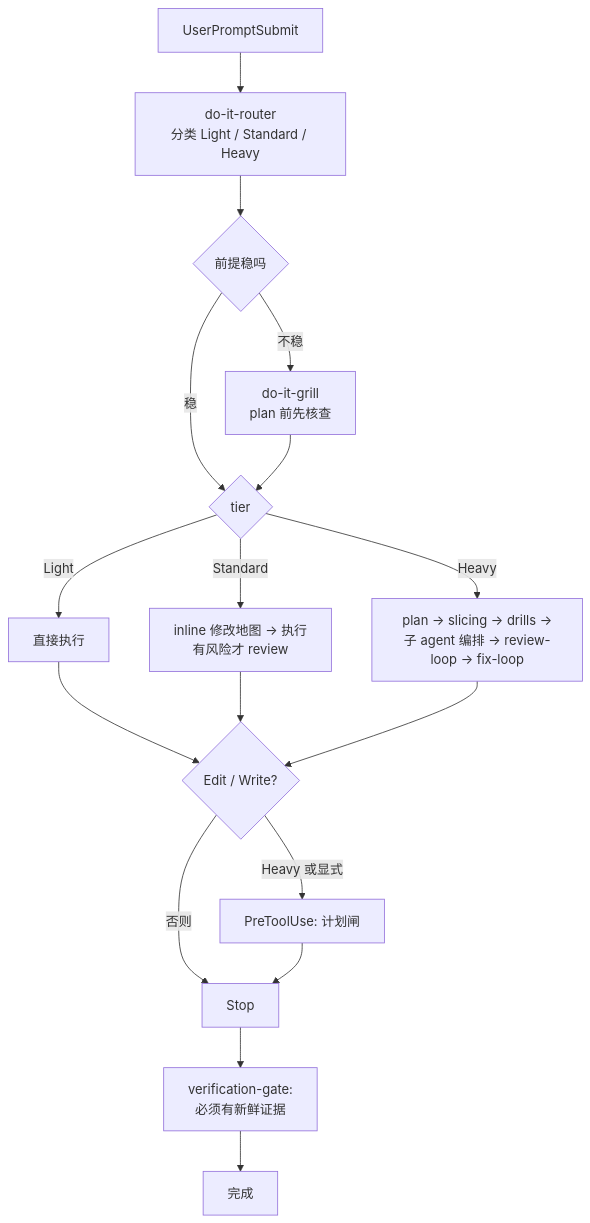
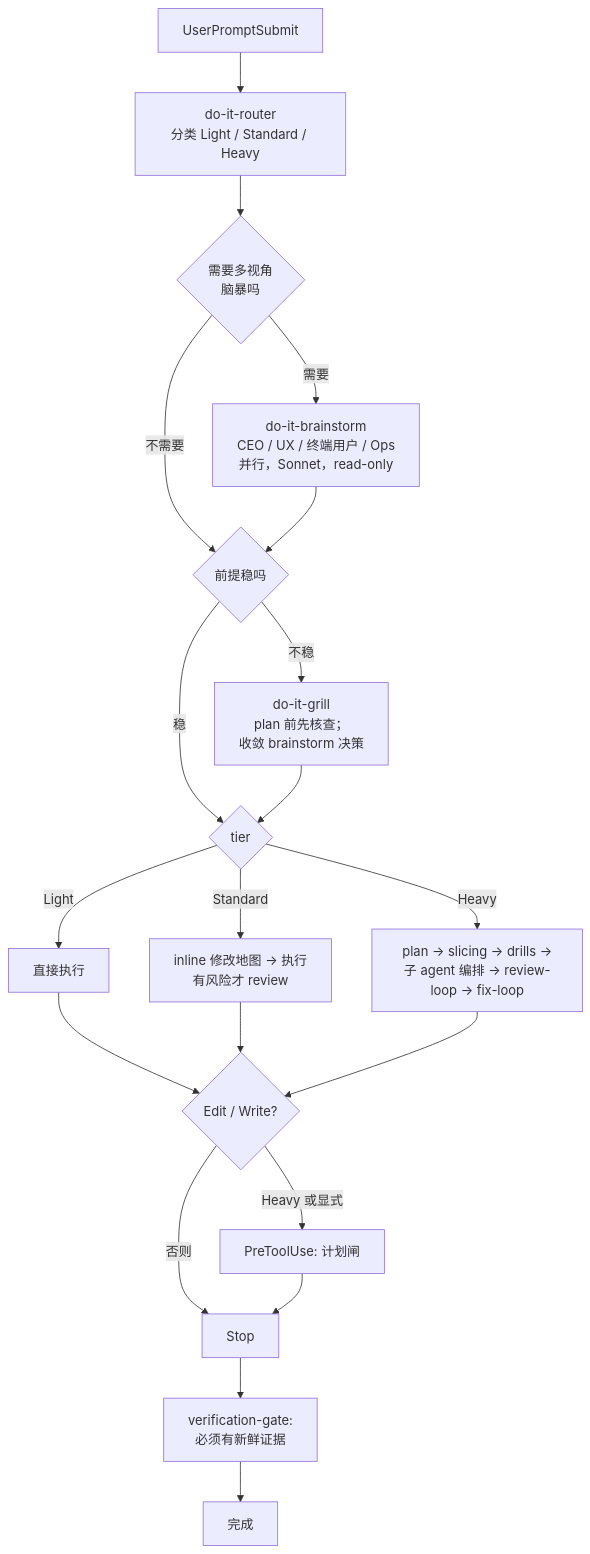
Before and after one commit to tdwhere123/do-it: the diagram in README.zh-CN.md, drawn with Mermaid. The commit also changed other lines of this file and 34 other files, not shown here.

````diff
--- a/README.zh-CN.md
+++ b/README.zh-CN.md
@@ -113,19 +121,22 @@
 ```mermaid
 flowchart TD
     P[UserPromptSubmit] --> R[do-it-router<br/>分类 Light / Standard / Heavy]
-    R --> G{前提稳吗}
-    G -- 不稳 --> GR[do-it-grill<br/>plan 前先核查]
+    R --> M{需要多视角<br/>脑暴吗}
+    M -- 需要 --> BR[do-it-brainstorm<br/>CEO / UX / 终端用户 / Ops<br/>并行，Sonnet，read-only]
+    M -- 不需要 --> G
+    BR --> G{前提稳吗}
+    G -- 不稳 --> GR[do-it-grill<br/>plan 前先核查；<br/>收敛 brainstorm 决策]
     G -- 稳 --> T{tier}
     GR --> T
     T -- Light --> L[直接执行]
     T -- Standard --> S[inline 修改地图 -> 执行<br/>有风险才 review]
     T -- Heavy --> H[plan -> slicing -> drills -><br/>子 agent 编排 -> review-loop -> fix-loop]
     L --> PG{Edit / Write?}
     S --> PG
     H --> PG
     PG -- Heavy 或显式 --> PGY[PreToolUse: 计划闸]
     PG -- 否则 --> V[Stop]
     PGY --> V
     V --> VG[verification-gate:<br/>必须有新鲜证据]
     VG --> D[完成]
 ```
````
